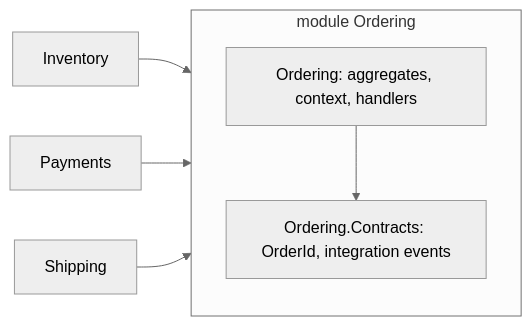
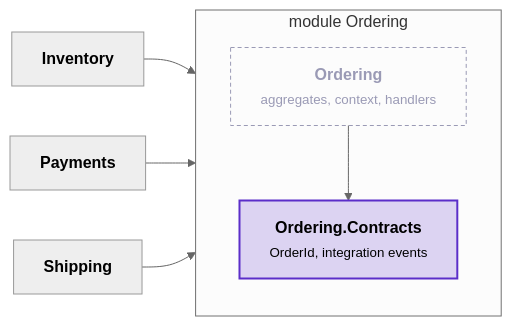
Before and after one commit to DylanSnel/DDDToolkit: the third of 3 diagrams in docs/module-contracts.md, drawn with Mermaid (neutral theme). The commit also changed other lines of this file and 41 other files, not shown here.

First line of the commit message:
Docs: plain prose, one word per concept, and readable diagrams on every page

````diff
--- a/docs/module-contracts.md
+++ b/docs/module-contracts.md
@@ -257,10 +265,14 @@
 ```mermaid
 flowchart LR
-    subgraph ordering ["module Ordering"]
+    subgraph orderingModule ["module Ordering"]
         direction TB
-        O["Ordering: aggregates, context, handlers"] --> OC["Ordering.Contracts: OrderId, integration events"]
+        ordering["<b>Ordering</b><br/><small>aggregates, context, handlers</small>"] --> contracts["<b>Ordering.Contracts</b><br/><small>OrderId, integration events</small>"]
     end
-    Inventory["Inventory"] --> OC
-    Payments["Payments"] --> OC
-    Shipping["Shipping"] --> OC
+    inventory["<b>Inventory</b>"] --> contracts
+    payments["<b>Payments</b>"] --> contracts
+    shipping["<b>Shipping</b>"] --> contracts
+    classDef strong fill:#5b2ec933,stroke:#5b2ec9,stroke-width:2px
+    classDef muted fill:none,stroke:#9a9ab5,stroke-dasharray:4 3,color:#9a9ab5
+    class contracts strong
+    class ordering muted
 ```
````
